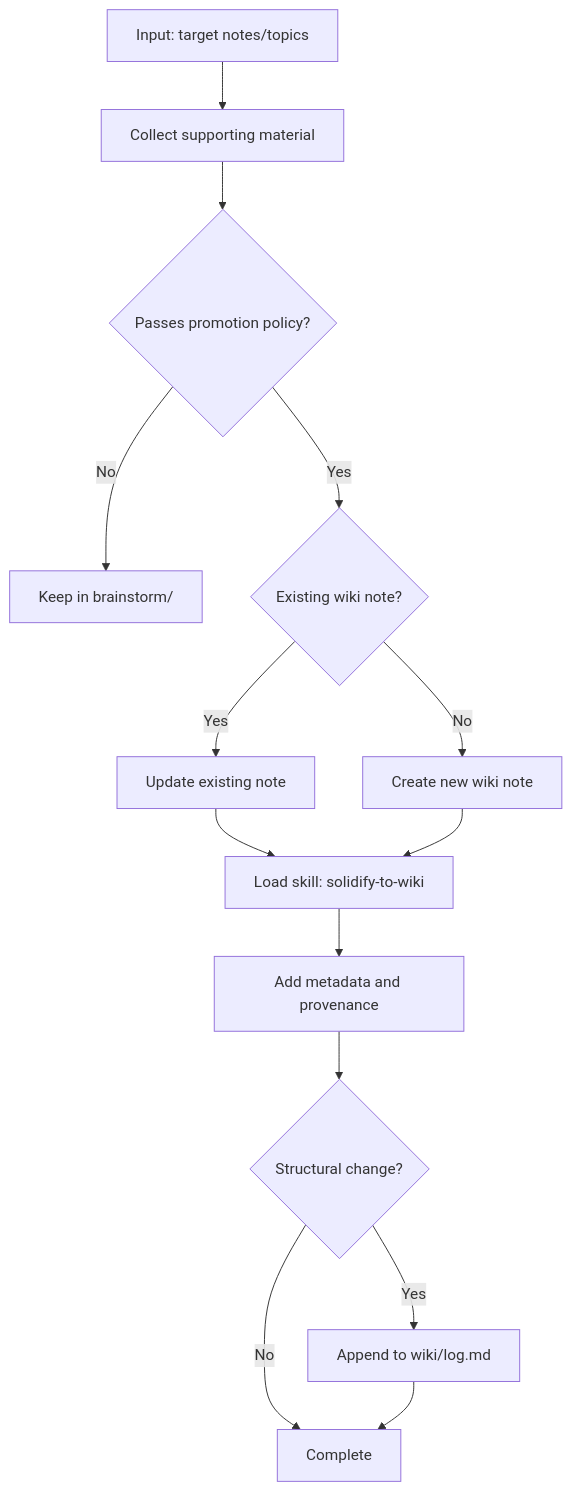
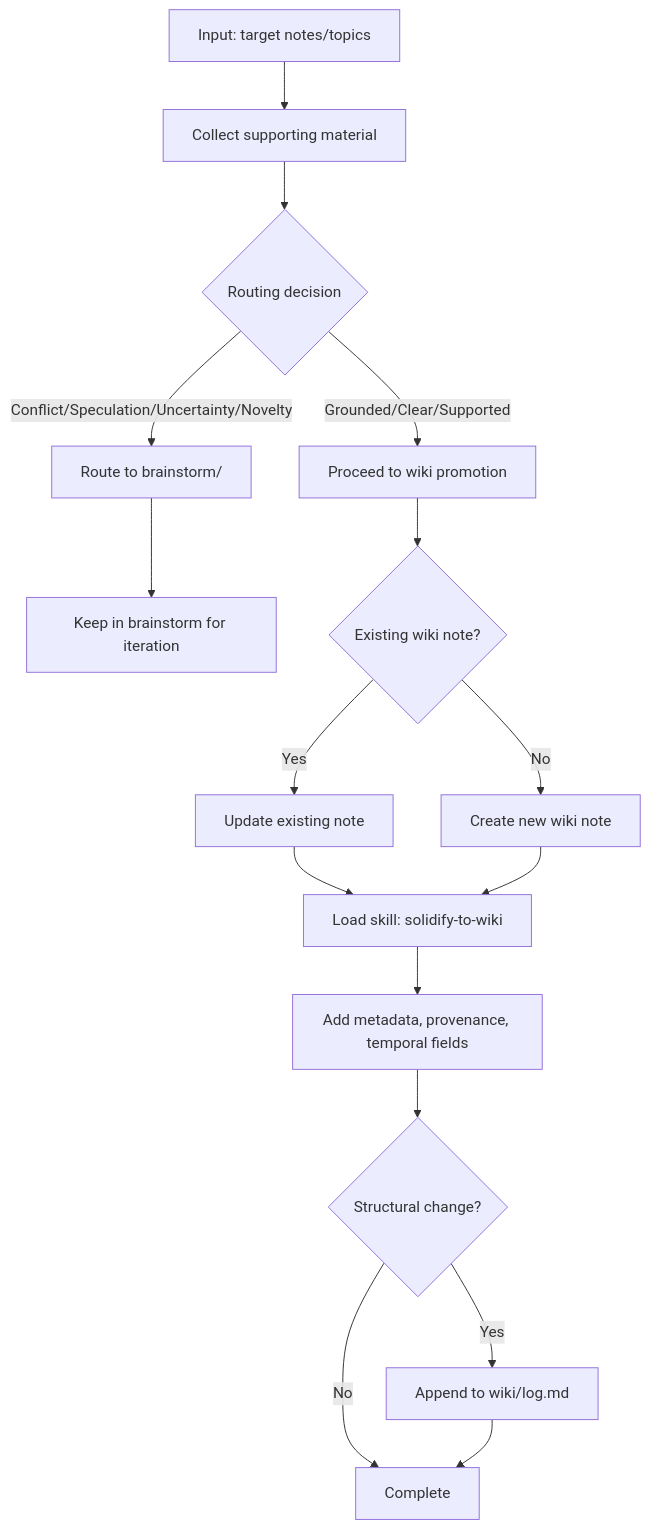
Before and after one commit to gengyabc/baicai-notebook: the seventh of 22 diagrams in docs/routing-flows.md, drawn with Mermaid. The commit also changed other lines of this file and 3 other files, not shown here.

Commit message:
chore(vault): Clarify routing and review metadata

````diff
--- a/docs/routing-flows.md
+++ b/docs/routing-flows.md
@@ -191,16 +191,18 @@
 ```mermaid
 flowchart TD
     A[Input: target notes/topics] --> B[Collect supporting material]
-    B --> C{Passes promotion policy?}
-    C -->|No| D[Keep in brainstorm/]
-    C -->|Yes| E{Existing wiki note?}
-    E -->|Yes| F[Update existing note]
-    E -->|No| G[Create new wiki note]
-    F --> H[Load skill: solidify-to-wiki]
-    G --> H
-    H --> I[Add metadata and provenance]
-    I --> J{Structural change?}
-    J -->|Yes| K[Append to wiki/log.md]
-    J -->|No| L[Complete]
-    K --> L
+    B --> C{Routing decision}
+    C -->|Conflict/Speculation/Uncertainty/Novelty| D[Route to brainstorm/]
+    C -->|Grounded/Clear/Supported| E[Proceed to wiki promotion]
+    D --> F[Keep in brainstorm for iteration]
+    E --> G{Existing wiki note?}
+    G -->|Yes| H[Update existing note]
+    G -->|No| I[Create new wiki note]
+    H --> J[Load skill: solidify-to-wiki]
+    I --> J
+    J --> K[Add metadata, provenance, temporal fields]
+    K --> L{Structural change?}
+    L -->|Yes| M[Append to wiki/log.md]
+    L -->|No| N[Complete]
+    M --> N
 ```
````
